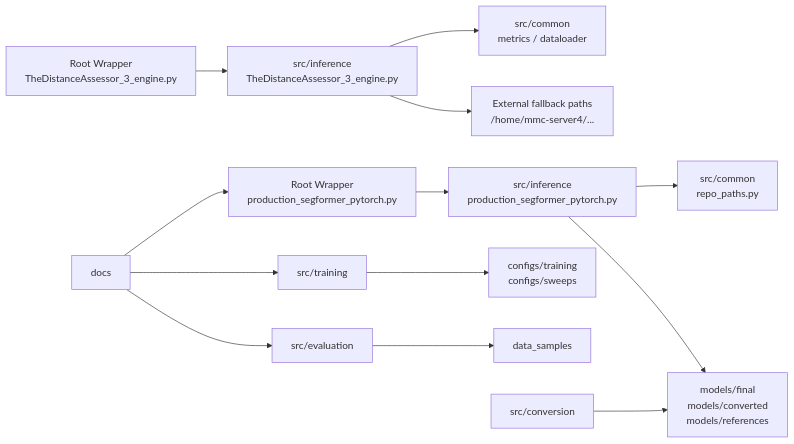
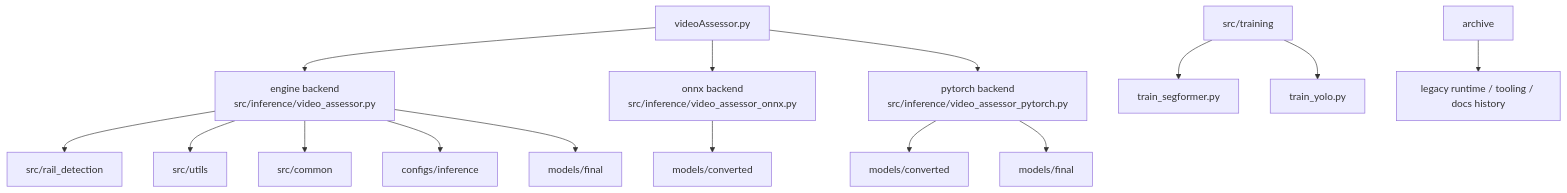
The first of 2 diagrams in docs/design/SW_ARCHITECTURE.md (TodFrog/RailSafeNet_LiDAR), drawn with Mermaid before and after one commit. The commit also changed other lines of this file and 83 other files, not shown here.

Commit message:
Simplify repository around videoAssessor runtime

````diff
--- a/docs/design/SW_ARCHITECTURE.md
+++ b/docs/design/SW_ARCHITECTURE.md
@@ -28,15 +18,17 @@
 ```mermaid
-flowchart LR
-    A["Root Wrapper<br/>production_segformer_pytorch.py"] --> B["src/inference<br/>production_segformer_pytorch.py"]
-    A2["Root Wrapper<br/>TheDistanceAssessor_3_engine.py"] --> C["src/inference<br/>TheDistanceAssessor_3_engine.py"]
-    B --> D["src/common<br/>repo_paths.py"]
-    B --> E["models/final<br/>models/converted<br/>models/references"]
-    C --> F["src/common<br/>metrics / dataloader"]
-    C --> G["External fallback paths<br/>/home/mmc-server4/..."]
-    H["src/training"] --> I["configs/training<br/>configs/sweeps"]
-    J["src/evaluation"] --> K["data_samples"]
-    L["src/conversion"] --> E
-    M["docs"] --> A
-    M --> H
-    M --> J
+flowchart TD
+    A["videoAssessor.py"] --> B["engine backend<br/>src/inference/video_assessor.py"]
+    A --> C["onnx backend<br/>src/inference/video_assessor_onnx.py"]
+    A --> D["pytorch backend<br/>src/inference/video_assessor_pytorch.py"]
+    B --> E["src/rail_detection"]
+    B --> F["src/utils"]
+    B --> G["src/common"]
+    B --> H["configs/inference"]
+    B --> I["models/final"]
+    C --> J["models/converted"]
+    D --> K["models/converted"]
+    D --> L["models/final"]
+    M["src/training"] --> N["train_segformer.py"]
+    M --> O["train_yolo.py"]
+    P["archive"] --> Q["legacy runtime / tooling / docs history"]
 ```
````
